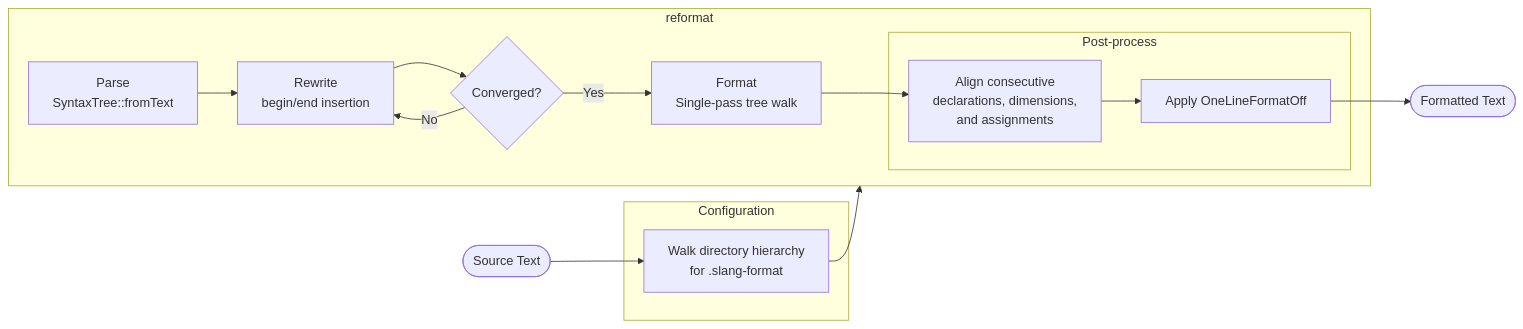
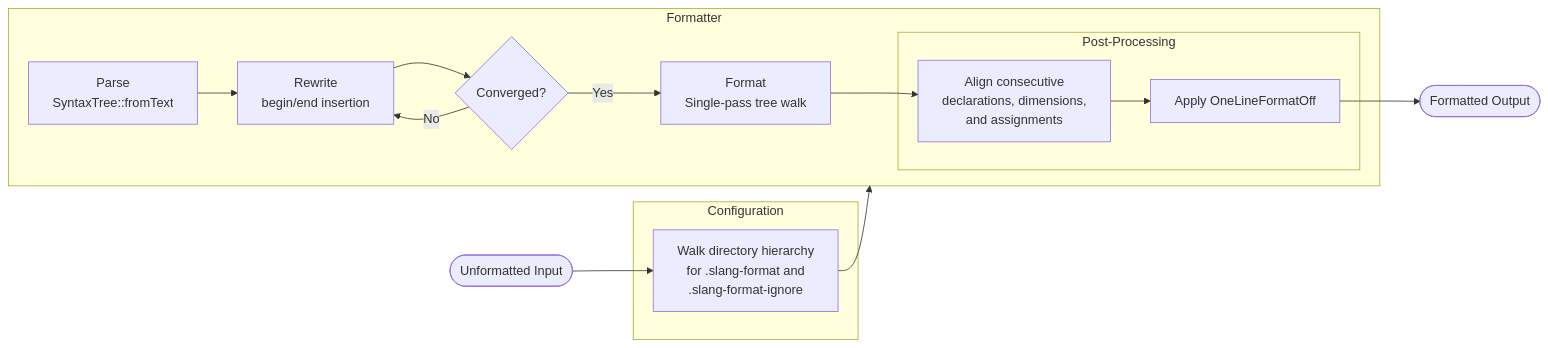
The diagram in docs/architecture.md (sstallion/slang-format), drawn with Mermaid before and after one commit. The commit also changed other lines of this file and 3 other files, not shown here.

````diff
--- a/docs/architecture.md
+++ b/docs/architecture.md
@@ -40,30 +40,30 @@
 ```mermaid
 flowchart LR
-    input([Source Text])
-    findStyle --> reformat
+    input([Unformatted Input])
+    formatin --> formatter
 
-    subgraph getStyle [Configuration]
-        findStyle[Walk directory hierarchy\nfor .slang-format]
+    subgraph config [Configuration]
+        formatin[Walk directory hierarchy\nfor .slang-format and\n.slang-format-ignore]
     end
 
-    subgraph reformat [reformat]
+    subgraph formatter [Formatter]
         parse[Parse\nSyntaxTree::fromText]
         rewrite[Rewrite\nbegin/end insertion]
         converged{Converged?}
         format[Format\nSingle-pass tree walk]
 
-        subgraph postprocess [Post-process]
+        subgraph postprocess [Post-Processing]
             align[Align consecutive\ndeclarations, dimensions,\nand assignments]
-            formatoff[Apply OneLineFormatOff]
+            formatout[Apply OneLineFormatOff]
         end
 
         parse --> rewrite
         rewrite --> converged
         converged -- No --> rewrite
         converged -- Yes --> format
-        format --> align --> formatoff
+        format --> align --> formatout
     end
 
-    input --> findStyle
-    formatoff --> output([Formatted Text])
+    input --> formatin
+    formatout --> output([Formatted Output])
 ```
````
